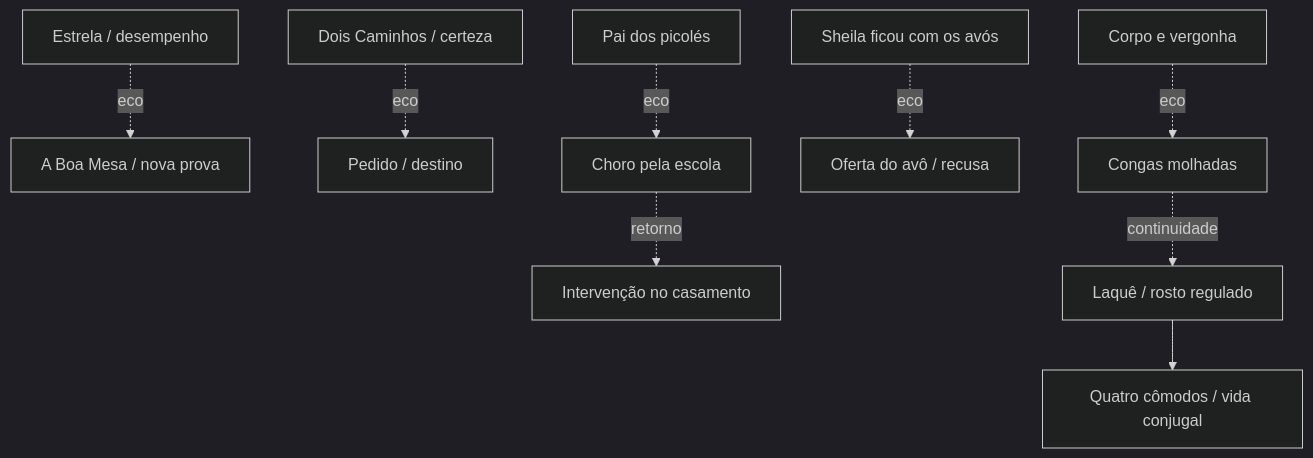
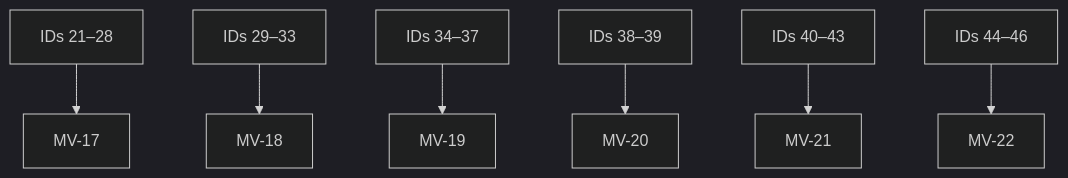
Before and after one commit to Sollimastudio/trilogia-sol-lima: the third of 4 diagrams in 01_MORTE_EM_VIDA/MAPA_VISUAL_PARTE_II_ATUAL.md, drawn with Mermaid (dark theme). The commit also changed other lines of this file, not shown here.

````diff
--- a/01_MORTE_EM_VIDA/MAPA_VISUAL_PARTE_II_ATUAL.md
+++ b/01_MORTE_EM_VIDA/MAPA_VISUAL_PARTE_II_ATUAL.md
@@ -33,11 +46,9 @@
 ```mermaid
 flowchart TD
-A[Estrela / desempenho] -. eco .-> B[A Boa Mesa / nova prova]
-C[Dois Caminhos / certeza] -. eco .-> D[Pedido / destino]
-E[Pai dos picolés] -. eco .-> F[Choro pela escola]
-F -. retorno .-> G[Intervenção no casamento]
-H[Sheila ficou com os avós] -. eco .-> I[Oferta do avô / recusa]
-J[Corpo e vergonha] -. eco .-> K[Congas molhadas]
-K -. continuidade .-> L[Laquê / rosto regulado]
-L --> M[Quatro cômodos / vida conjugal]
+A[IDs 21–28] --> B[MV-17]
+C[IDs 29–33] --> D[MV-18]
+E[IDs 34–37] --> F[MV-19]
+G[IDs 38–39] --> H[MV-20]
+I[IDs 40–43] --> J[MV-21]
+K[IDs 44–46] --> L[MV-22]
 ```
````
